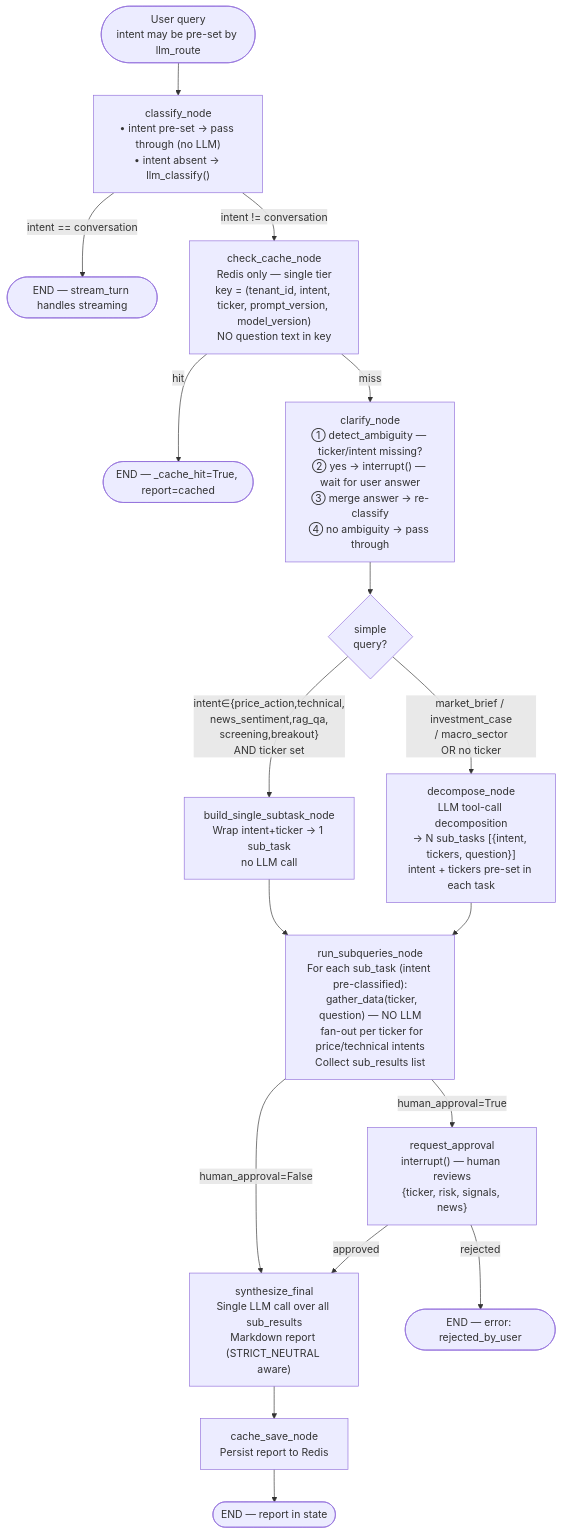
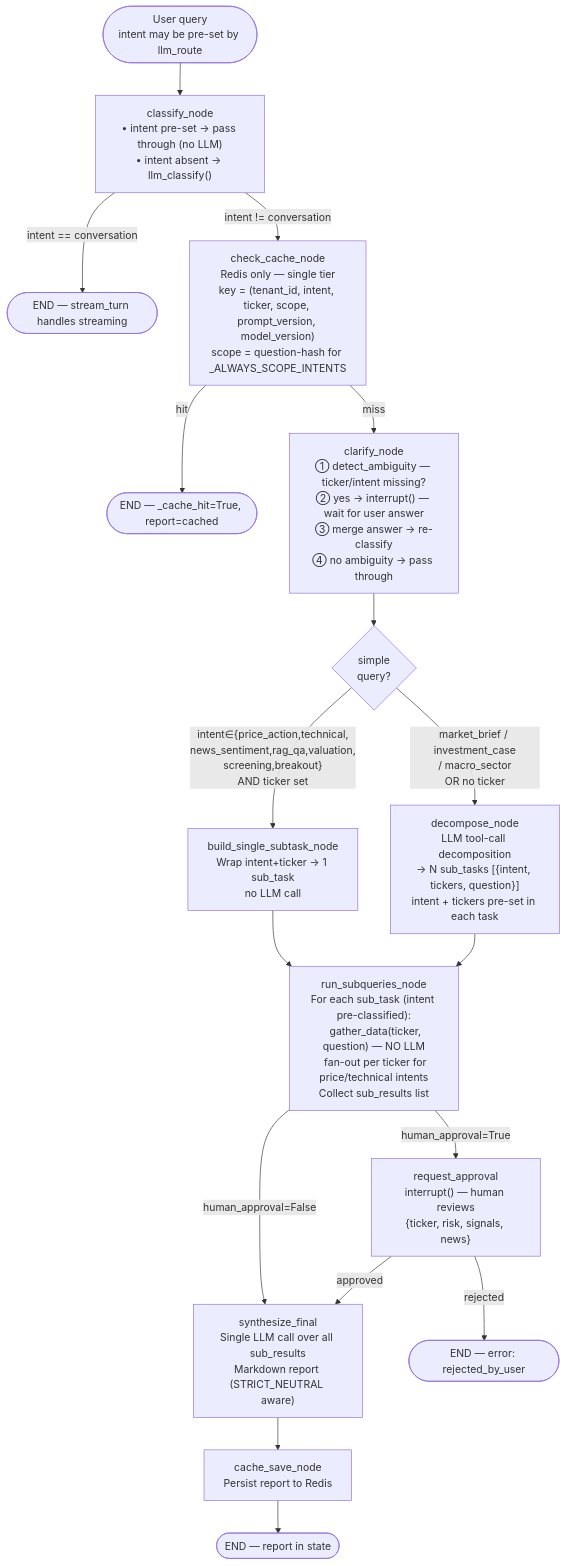
The second of 2 diagrams in docs/graph-flow.md (daominh6879/vn-market-analysis-agent), drawn with Mermaid before and after one commit. The commit also changed other lines of this file and 24 other files, not shown here.

First line of the commit message:
feat: observability tracing + token streaming + memory consolidation + valuation intent

````diff
--- a/docs/graph-flow.md
+++ b/docs/graph-flow.md
@@ -42,38 +42,38 @@
 ```mermaid
 flowchart TD
     IN([User query\nintent may be pre-set by llm_route]) --> classify_node
 
     classify_node["classify_node\n• intent pre-set → pass through (no LLM)\n• intent absent → llm_classify()"]
 
     classify_node -->|intent == conversation| END0([END — stream_turn handles streaming])
     classify_node -->|intent != conversation| check_cache_node
 
-    check_cache_node["check_cache_node\nRedis only — single tier\nkey = (tenant_id, intent, ticker, prompt_version, model_version)\nNO question text in key"]
+    check_cache_node["check_cache_node\nRedis only — single tier\nkey = (tenant_id, intent, ticker, scope, prompt_version, model_version)\nscope = question-hash for _ALWAYS_SCOPE_INTENTS"]
     check_cache_node -->|hit| END2([END — _cache_hit=True, report=cached])
     check_cache_node -->|miss| clarify_node
 
     clarify_node["clarify_node\n① detect_ambiguity — ticker/intent missing?\n② yes → interrupt() — wait for user answer\n③ merge answer → re-classify\n④ no ambiguity → pass through"]
     clarify_node --> route_check{simple\nquery?}
 
-    route_check -->|"intent∈{price_action,technical,\nnews_sentiment,rag_qa,\nscreening,breakout}\nAND ticker set"| fast_node["build_single_subtask_node\nWrap intent+ticker → 1 sub_task\nno LLM call"]
+    route_check -->|"intent∈{price_action,technical,\nnews_sentiment,rag_qa,valuation,\nscreening,breakout}\nAND ticker set"| fast_node["build_single_subtask_node\nWrap intent+ticker → 1 sub_task\nno LLM call"]
     route_check -->|"market_brief / investment_case\n/ macro_sector\nOR no ticker"| decompose_node
 
     fast_node --> run_subqueries_node
 
     decompose_node["decompose_node\nLLM tool-call decomposition\n→ N sub_tasks [{intent, tickers, question}]\nintent + tickers pre-set in each task"]
     decompose_node --> run_subqueries_node
 
     run_subqueries_node["run_subqueries_node\nFor each sub_task (intent pre-classified):\n  gather_data(ticker, question) — NO LLM\n  fan-out per ticker for price/technical intents\nCollect sub_results list"]
     run_subqueries_node -->|human_approval=False| synthesize_final
     run_subqueries_node -->|human_approval=True| request_approval
 
     request_approval["request_approval\ninterrupt() — human reviews\n{ticker, risk, signals, news}"]
     request_approval -->|approved| synthesize_final
     request_approval -->|rejected| END3([END — error: rejected_by_user])
 
     synthesize_final["synthesize_final\nSingle LLM call over all sub_results\nMarkdown report (STRICT_NEUTRAL aware)"]
     synthesize_final --> cache_save_node
 
     cache_save_node["cache_save_node\nPersist report to Redis"]
     cache_save_node --> END4([END — report in state])
 ```
````
